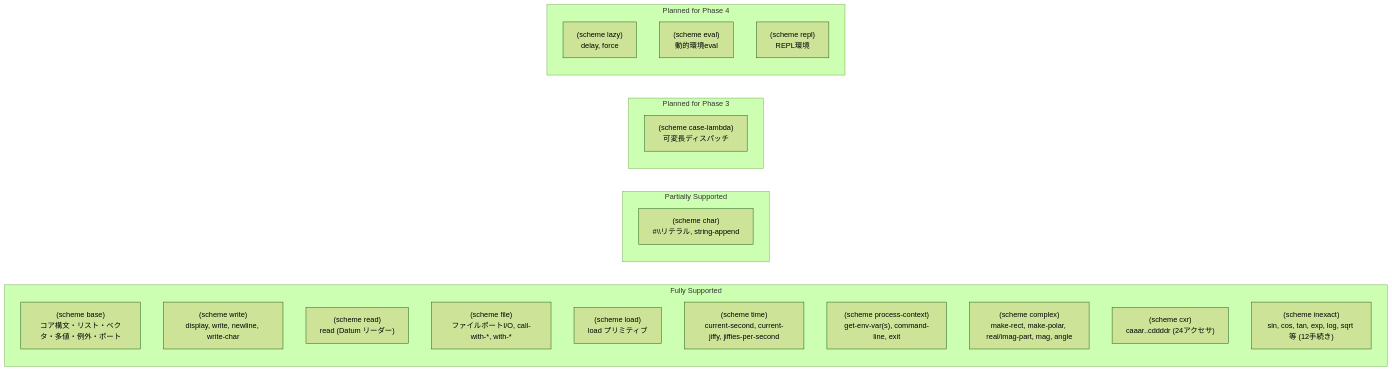
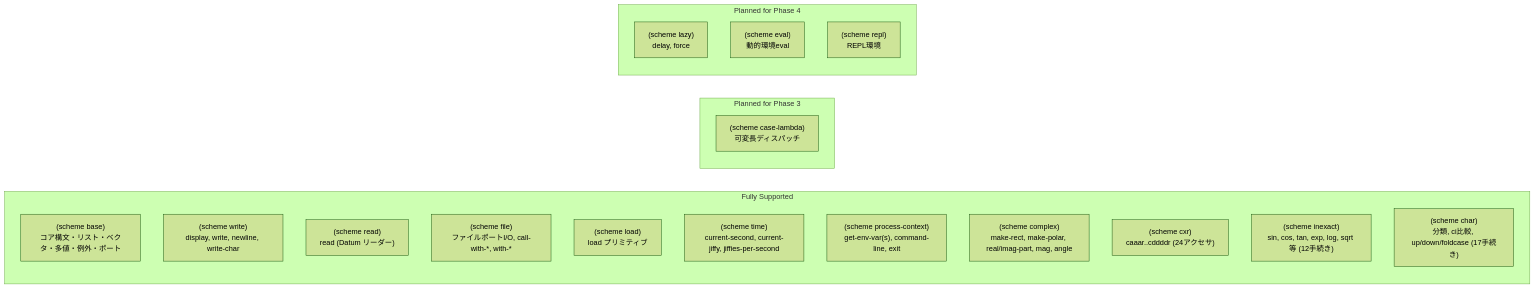
One commit to rokujyouhitoma/arxiv-security-papers changed the second of 3 diagrams in ilisp/docs/SPEC_R7RS.md. Above: the diagram before and after it, drawn with Mermaid (forest theme). The commit also changed other lines of this file and 4 other files, not shown here.

Commit message:
feat(ilisp): complete and verify R7RS (scheme char) library (Issue #473)

````diff
--- a/ilisp/docs/SPEC_R7RS.md
+++ b/ilisp/docs/SPEC_R7RS.md
@@ -340,26 +340,24 @@
 ```mermaid
 graph LR
     subgraph Fully Supported
         SB["(scheme base)<br>コア構文・リスト・ベクタ・多値・例外・ポート"]
         SW["(scheme write)<br>display, write, newline, write-char"]
         SR["(scheme read)<br>read (Datum リーダー)"]
         SF["(scheme file)<br>ファイルポートI/O, call-with-*, with-*"]
         SL["(scheme load)<br>load プリミティブ"]
         ST["(scheme time)<br>current-second, current-jiffy, jiffies-per-second"]
         SPC["(scheme process-context)<br>get-env-var(s), command-line, exit"]
         SCOM["(scheme complex)<br>make-rect, make-polar, real/imag-part, mag, angle"]
         SCXR["(scheme cxr)<br>caaar..cddddr (24アクセサ)"]
         SI["(scheme inexact)<br>sin, cos, tan, exp, log, sqrt 等 (12手続き)"]
-    end
-    subgraph Partially Supported
-        SC["(scheme char)<br>#\\リテラル, string-append"]
+        SC["(scheme char)<br>分類, ci比較, up/down/foldcase (17手続き)"]
     end
     subgraph Planned for Phase 3
         SCASE["(scheme case-lambda)<br>可変長ディスパッチ"]
     end
     subgraph Planned for Phase 4
         SLAZY["(scheme lazy)<br>delay, force"]
         SEVAL["(scheme eval)<br>動的環境eval"]
         SREPL["(scheme repl)<br>REPL環境"]
     end
 ```
````
